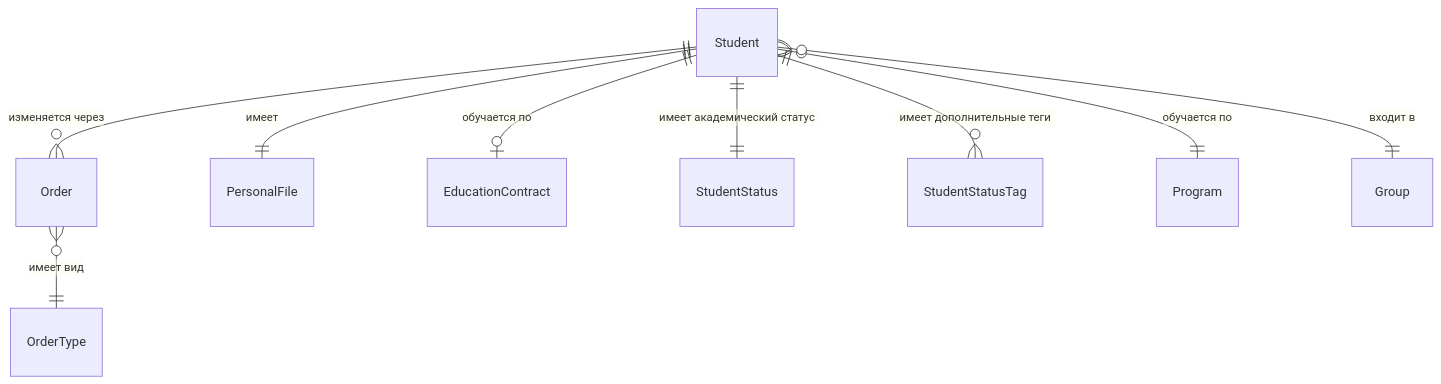
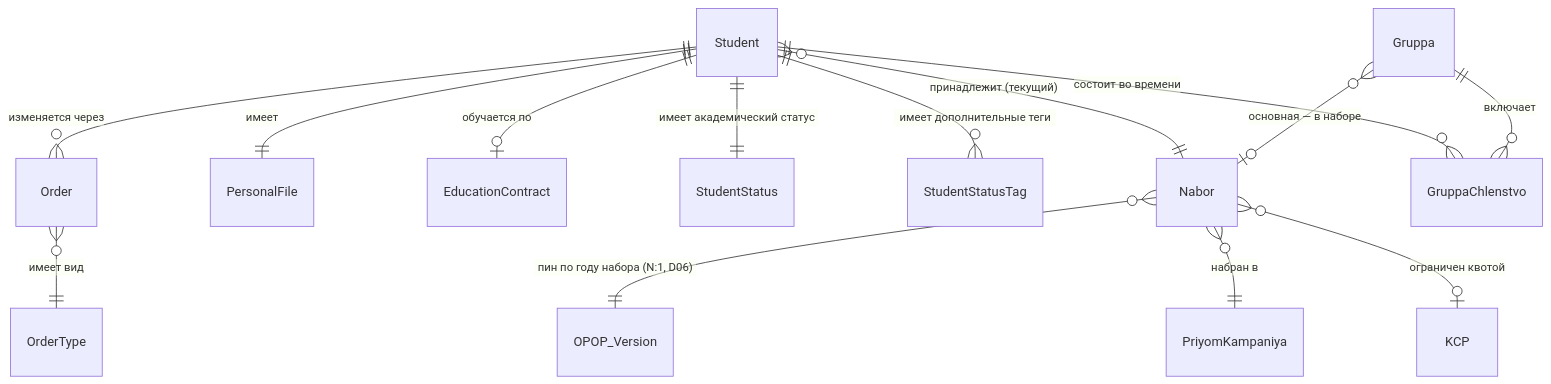
One commit to aplicon-ru/edu-framework changed the fourth of 4 diagrams in domains/D05-contingent/data-model/entities.md. Above: the diagram before and after it, drawn with Mermaid. The commit also changed other lines of this file and 2 other files, not shown here.

````diff
--- a/domains/D05-contingent/data-model/entities.md
+++ b/domains/D05-contingent/data-model/entities.md
@@ -282,11 +384,16 @@
 ```mermaid
 erDiagram
   Student ||--o{ Order : "изменяется через"
   Student ||--|| PersonalFile : "имеет"
   Student ||--o| EducationContract : "обучается по"
   Student ||--|| StudentStatus : "имеет академический статус"
   Student ||--o{ StudentStatusTag : "имеет дополнительные теги"
-  Student }o--|| Program : "обучается по"
-  Student }o--|| Group : "входит в"
+  Student }o--|| Nabor : "принадлежит (текущий)"
+  Student ||--o{ GruppaChlenstvo : "состоит во времени"
+  Gruppa ||--o{ GruppaChlenstvo : "включает"
+  Gruppa }o--o| Nabor : "основная — в наборе"
+  Nabor }o--|| OPOP_Version : "пин по году набора (N:1, D06)"
+  Nabor }o--|| PriyomKampaniya : "набран в"
+  Nabor }o--o| KCP : "ограничен квотой"
   Order }o--|| OrderType : "имеет вид"
 ```
````
